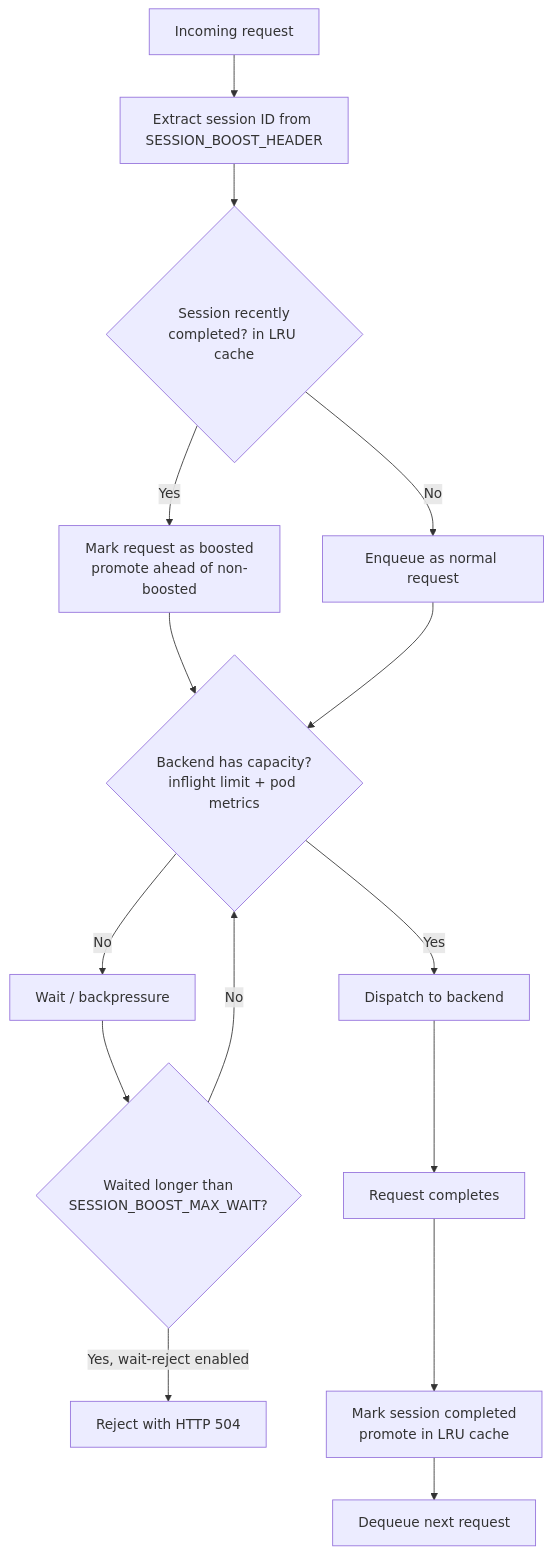
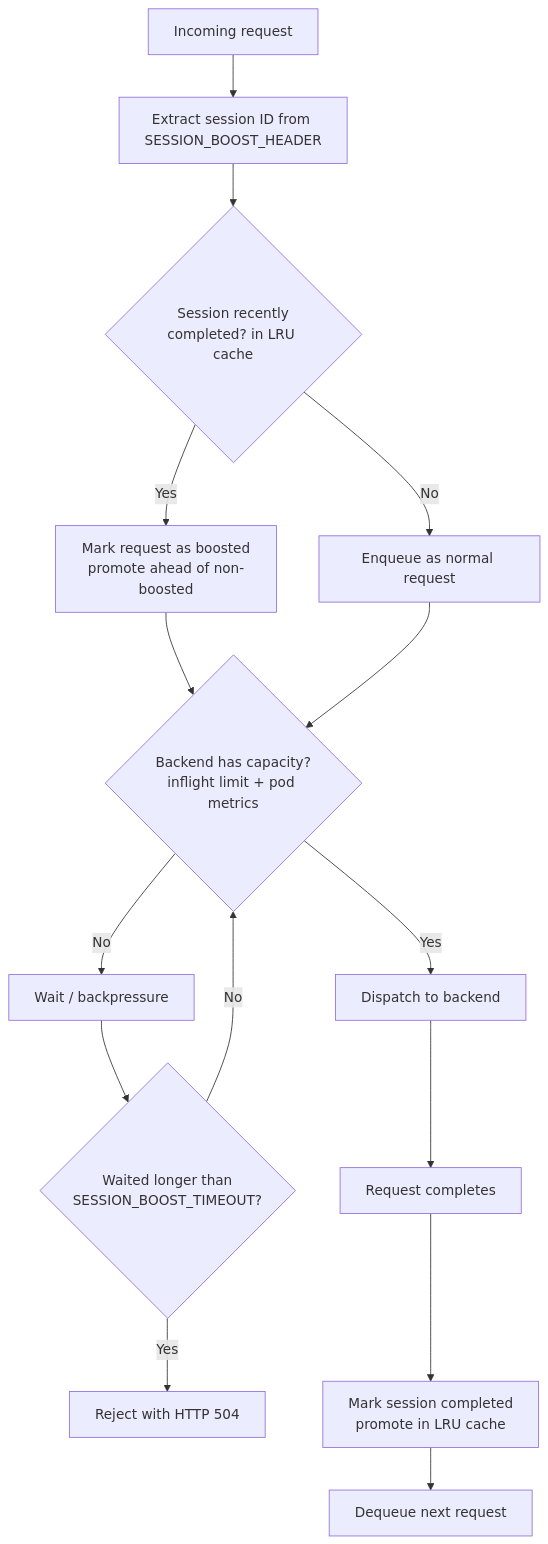
Before and after one commit to volcano-sh/kthena: the diagram in docs/kthena/docs/user-guide/session-boost.md, drawn with Mermaid. The commit also changed other lines of this file and 9 other files, not shown here.

First line of the commit message:
session boost: replace wait-reject flag with implicit SESSION_BOOST_TIMEOUT

````diff
--- a/docs/kthena/docs/user-guide/session-boost.md
+++ b/docs/kthena/docs/user-guide/session-boost.md
@@ -23,17 +23,17 @@
 ```mermaid
 flowchart TD
     A[Incoming request] --> B[Extract session ID from SESSION_BOOST_HEADER]
     B --> C{Session recently<br/>completed? in LRU cache}
     C -- Yes --> D[Mark request as boosted<br/>promote ahead of non-boosted]
     C -- No --> E[Enqueue as normal request]
     D --> F{Backend has capacity?<br/>inflight limit + pod metrics}
     E --> F
     F -- Yes --> G[Dispatch to backend]
     F -- No --> H[Wait / backpressure]
-    H --> K{Waited longer than<br/>SESSION_BOOST_MAX_WAIT?}
-    K -- Yes, wait-reject enabled --> R[Reject with HTTP 504]
+    H --> K{Waited longer than<br/>SESSION_BOOST_TIMEOUT?}
+    K -- Yes --> R[Reject with HTTP 504]
     K -- No --> F
     G --> I[Request completes]
     I --> J[Mark session completed<br/>promote in LRU cache]
     J --> M[Dequeue next request]
 ```
````
